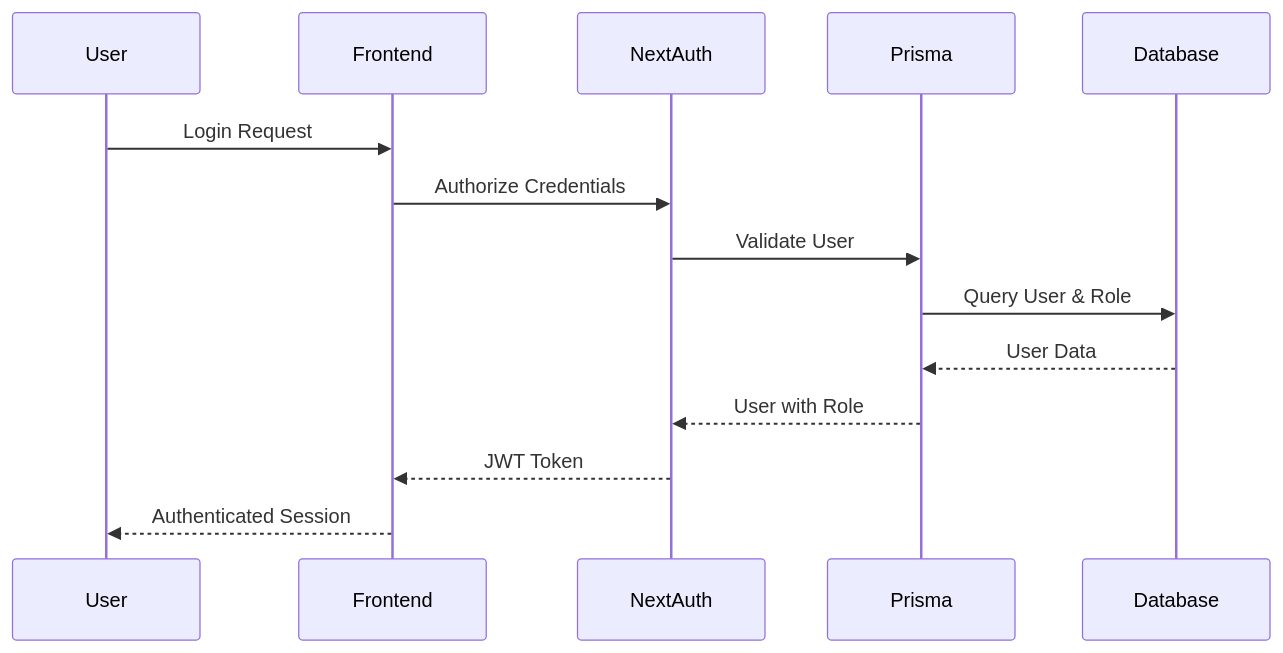
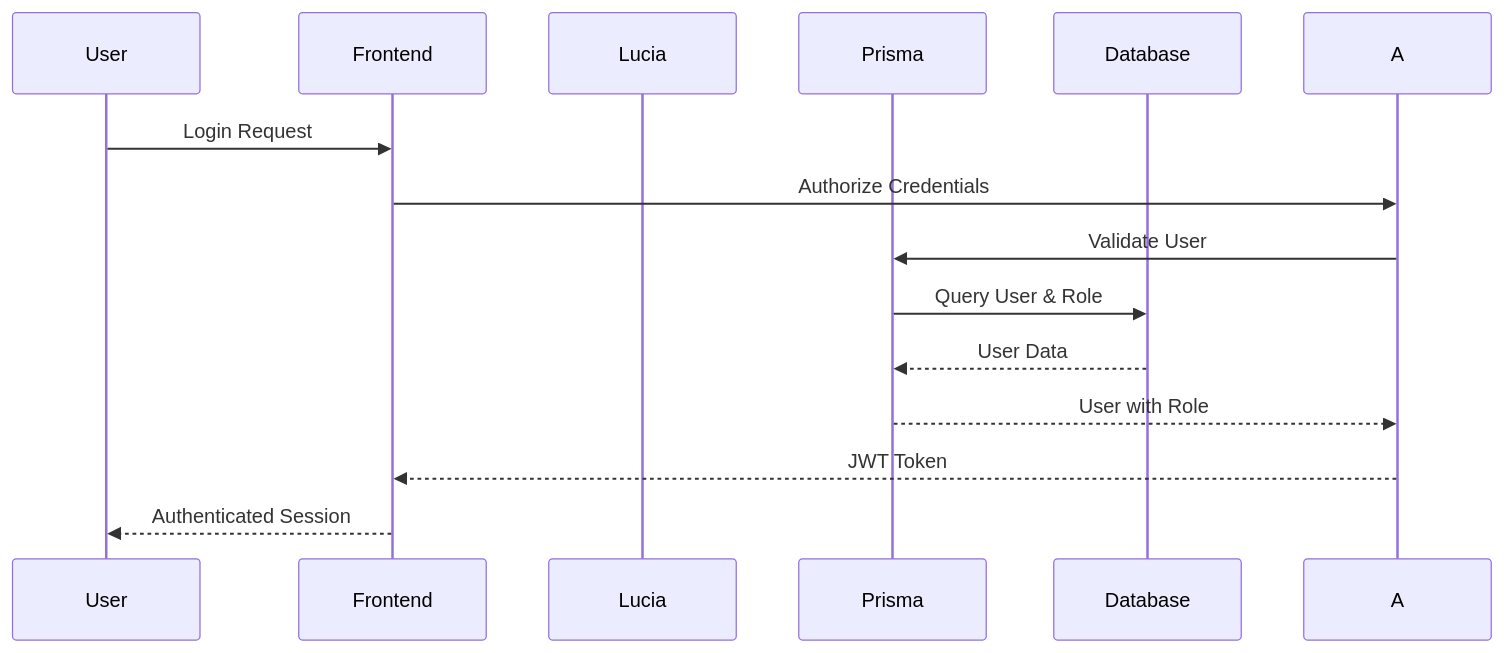
The second of 10 diagrams in typescript-version/full-version/docs/development/architecture.md (codeweberdotcom/materionextjs), drawn with Mermaid before and after one commit. The commit also changed other lines of this file and 121 other files, not shown here.

````diff
--- a/typescript-version/full-version/docs/development/architecture.md
+++ b/typescript-version/full-version/docs/development/architecture.md
@@ -119,17 +119,17 @@
 ```mermaid
 sequenceDiagram
     participant U as User
     participant F as Frontend
-    participant A as NextAuth
+    participant L as Lucia
     participant P as Prisma
     participant DB as Database
 
     U->>F: Login Request
     F->>A: Authorize Credentials
     A->>P: Validate User
     P->>DB: Query User & Role
     DB-->>P: User Data
     P-->>A: User with Role
     A-->>F: JWT Token
     F-->>U: Authenticated Session
 ```
````
